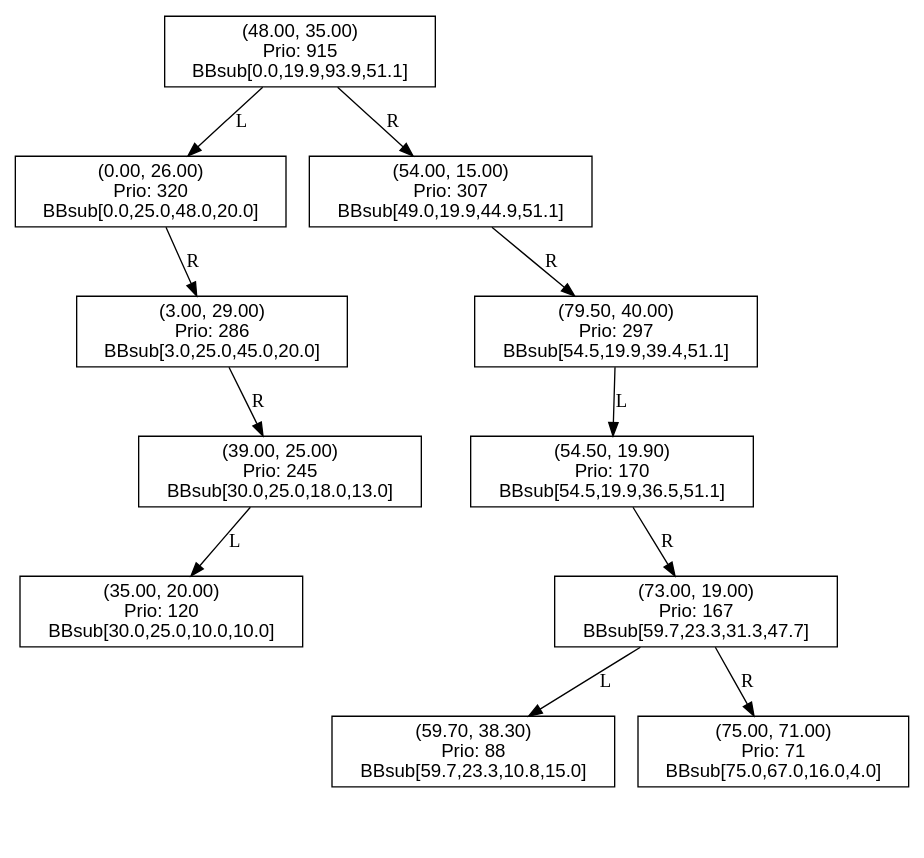
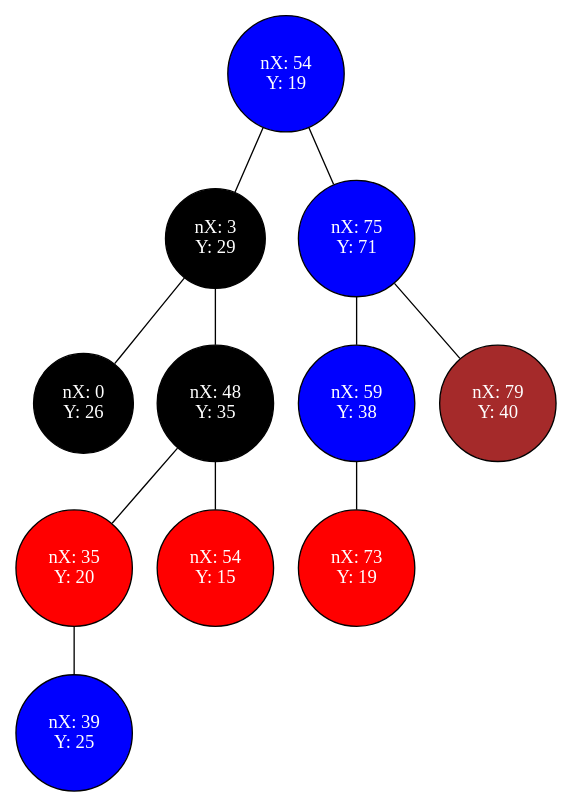
The diagram in saidas/00-vaso-simples.dot (oPedroGoes/pedroga-desenvolvimento), drawn with Graphviz before and after one commit. The commit also changed 49 other files, not shown here.

```diff
--- a/saidas/00-vaso-simples.dot
+++ b/saidas/00-vaso-simples.dot
@@ -1,48 +1,25 @@
-digraph SmuTreap {
-  node [fontname="Helvetica", shape=record];
-  node_0x617b62e68d90 [label="(48.00, 35.00)\nPrio: 915\nBBsub[0.0,19.9,93.9,51.1]"];
-  node_0x617b62e68d90 -> node_0x617b62e68fd0 [label="L"];
-  node_0x617b62e68fd0 [label="(0.00, 26.00)\nPrio: 320\nBBsub[0.0,25.0,48.0,20.0]"];
-  left_null_0x617b62e68fd0 [shape=point, style=invis];
-  node_0x617b62e68fd0 -> left_null_0x617b62e68fd0 [style=invis];
-  node_0x617b62e68fd0 -> node_0x617b62e68eb0 [label="R"];
-  node_0x617b62e68eb0 [label="(3.00, 29.00)\nPrio: 286\nBBsub[3.0,25.0,45.0,20.0]"];
-  left_null_0x617b62e68eb0 [shape=point, style=invis];
-  node_0x617b62e68eb0 -> left_null_0x617b62e68eb0 [style=invis];
-  node_0x617b62e68eb0 -> node_0x617b62e693f0 [label="R"];
-  node_0x617b62e693f0 [label="(39.00, 25.00)\nPrio: 245\nBBsub[30.0,25.0,18.0,13.0]"];
-  node_0x617b62e693f0 -> node_0x617b62e690e0 [label="L"];
-  node_0x617b62e690e0 [label="(35.00, 20.00)\nPrio: 120\nBBsub[30.0,25.0,10.0,10.0]"];
-  left_null_0x617b62e690e0 [shape=point, style=invis];
-  node_0x617b62e690e0 -> left_null_0x617b62e690e0 [style=invis];
-  right_null_0x617b62e690e0 [shape=point, style=invis];
-  node_0x617b62e690e0 -> right_null_0x617b62e690e0 [style=invis];
-  right_null_0x617b62e693f0 [shape=point, style=invis];
-  node_0x617b62e693f0 -> right_null_0x617b62e693f0 [style=invis];
-  node_0x617b62e68d90 -> node_0x617b62e691f0 [label="R"];
-  node_0x617b62e691f0 [label="(54.00, 15.00)\nPrio: 307\nBBsub[49.0,19.9,44.9,51.1]"];
-  left_null_0x617b62e691f0 [shape=point, style=invis];
-  node_0x617b62e691f0 -> left_null_0x617b62e691f0 [style=invis];
-  node_0x617b62e691f0 -> node_0x617b62e699f0 [label="R"];
-  node_0x617b62e699f0 [label="(79.50, 40.00)\nPrio: 297\nBBsub[54.5,19.9,39.4,51.1]"];
-  node_0x617b62e699f0 -> node_0x617b62e694e0 [label="L"];
-  node_0x617b62e694e0 [label="(54.50, 19.90)\nPrio: 170\nBBsub[54.5,19.9,36.5,51.1]"];
-  left_null_0x617b62e694e0 [shape=point, style=invis];
-  node_0x617b62e694e0 -> left_null_0x617b62e694e0 [style=invis];
-  node_0x617b62e694e0 -> node_0x617b62e69300 [label="R"];
-  node_0x617b62e69300 [label="(73.00, 19.00)\nPrio: 167\nBBsub[59.7,23.3,31.3,47.7]"];
-  node_0x617b62e69300 -> node_0x617b62e695d0 [label="L"];
-  node_0x617b62e695d0 [label="(59.70, 38.30)\nPrio: 88\nBBsub[59.7,23.3,10.8,15.0]"];
-  left_null_0x617b62e695d0 [shape=point, style=invis];
-  node_0x617b62e695d0 -> left_null_0x617b62e695d0 [style=invis];
-  right_null_0x617b62e695d0 [shape=point, style=invis];
-  node_0x617b62e695d0 -> right_null_0x617b62e695d0 [style=invis];
-  node_0x617b62e69300 -> node_0x617b62e696c0 [label="R"];
-  node_0x617b62e696c0 [label="(75.00, 71.00)\nPrio: 71\nBBsub[75.0,67.0,16.0,4.0]"];
-  left_null_0x617b62e696c0 [shape=point, style=invis];
-  node_0x617b62e696c0 -> left_null_0x617b62e696c0 [style=invis];
-  right_null_0x617b62e696c0 [shape=point, style=invis];
-  node_0x617b62e696c0 -> right_null_0x617b62e696c0 [style=invis];
-  right_null_0x617b62e699f0 [shape=point, style=invis];
-  node_0x617b62e699f0 -> right_null_0x617b62e699f0 [style=invis];
+graph G {
+	rankdir=TB;
+	node [shape=circle];
+	"0x5abaa87a9430" [label="nX: 54\nY: 19", color=black, fontcolor=white, style=filled, fillcolor=blue];
+	"0x5abaa87a9430" -- "0x5abaa87a8e00";
+	"0x5abaa87a8e00" [label="nX: 3\nY: 29", color=black, fontcolor=white, style=filled, fillcolor=black];
+	"0x5abaa87a8e00" -- "0x5abaa87a8f20";
+	"0x5abaa87a8f20" [label="nX: 0\nY: 26", color=black, fontcolor=white, style=filled, fillcolor=black];
+	"0x5abaa87a8e00" -- "0x5abaa87a8ce0";
+	"0x5abaa87a8ce0" [label="nX: 48\nY: 35", color=black, fontcolor=white, style=filled, fillcolor=black];
+	"0x5abaa87a8ce0" -- "0x5abaa87a9030";
+	"0x5abaa87a9030" [label="nX: 35\nY: 20", color=black, fontcolor=white, style=filled, fillcolor=Red];
+	"0x5abaa87a9030" -- "0x5abaa87a9340";
+	"0x5abaa87a9340" [label="nX: 39\nY: 25", color=black, fontcolor=white, style=filled, fillcolor=blue];
+	"0x5abaa87a8ce0" -- "0x5abaa87a9140";
+	"0x5abaa87a9140" [label="nX: 54\nY: 15", color=black, fontcolor=white, style=filled, fillcolor=Red];
+	"0x5abaa87a9430" -- "0x5abaa87a9610";
+	"0x5abaa87a9610" [label="nX: 75\nY: 71", color=black, fontcolor=white, style=filled, fillcolor=blue];
+	"0x5abaa87a9610" -- "0x5abaa87a9520";
+	"0x5abaa87a9520" [label="nX: 59\nY: 38", color=black, fontcolor=white, style=filled, fillcolor=blue];
+	"0x5abaa87a9520" -- "0x5abaa87a9250";
+	"0x5abaa87a9250" [label="nX: 73\nY: 19", color=black, fontcolor=white, style=filled, fillcolor=Red];
+	"0x5abaa87a9610" -- "0x5abaa87a9940";
+	"0x5abaa87a9940" [label="nX: 79\nY: 40", color=black, fontcolor=white, style=filled, fillcolor=brown];
 }
```
